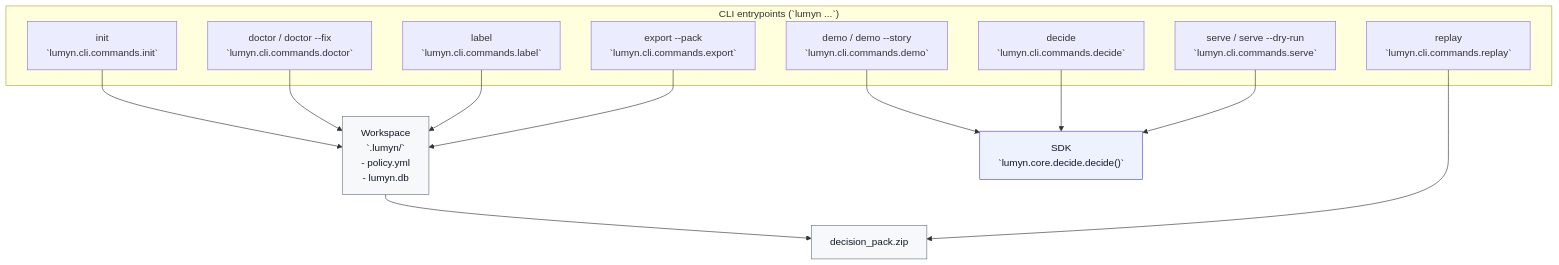
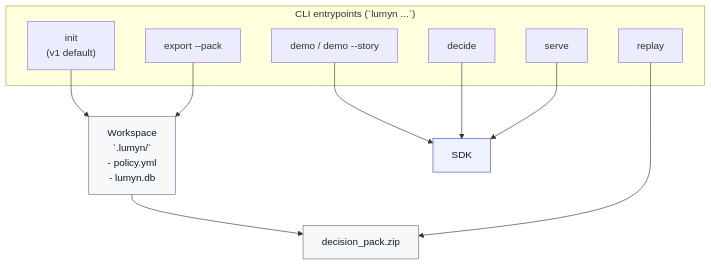
Before and after one commit to davidahmann/lumyn: the third of 3 diagrams in docs/architecture.md, drawn with Mermaid. The commit also changed other lines of this file and 8 other files, not shown here.

````diff
--- a/docs/architecture.md
+++ b/docs/architecture.md
@@ -107,29 +86,25 @@
 ```mermaid
 flowchart TD
   subgraph CLI["CLI entrypoints (`lumyn ...`)"]
-    Init["init\n`lumyn.cli.commands.init`"]
-    Demo["demo / demo --story\n`lumyn.cli.commands.demo`"]
-    DecideCmd["decide\n`lumyn.cli.commands.decide`"]
-    Label["label\n`lumyn.cli.commands.label`"]
-    Export["export --pack\n`lumyn.cli.commands.export`"]
-    Replay["replay\n`lumyn.cli.commands.replay`"]
-    Doctor["doctor / doctor --fix\n`lumyn.cli.commands.doctor`"]
-    Serve["serve / serve --dry-run\n`lumyn.cli.commands.serve`"]
+    Init["init\n(v1 default)"]
+    Demo["demo / demo --story"]
+    DecideCmd["decide"]
+    Export["export --pack"]
+    Replay["replay"]
+    Serve["serve"]
   end
 
   Workspace["Workspace\n`.lumyn/`\n- policy.yml\n- lumyn.db"]:::artifact
-  SDK["SDK\n`lumyn.core.decide.decide()`"]:::core
+  SDK["SDK"]:::core
   Pack["decision_pack.zip"]:::artifact
 
   Init --> Workspace
-  Doctor --> Workspace
   Demo --> SDK
   DecideCmd --> SDK
-  Label --> Workspace
   Export --> Workspace --> Pack
   Replay --> Pack
   Serve --> SDK
 
   classDef artifact fill:#f6f8fa,stroke:#6b7280,color:#111827;
   classDef core fill:#eef2ff,stroke:#4f46e5,color:#111827;
 ```
````
